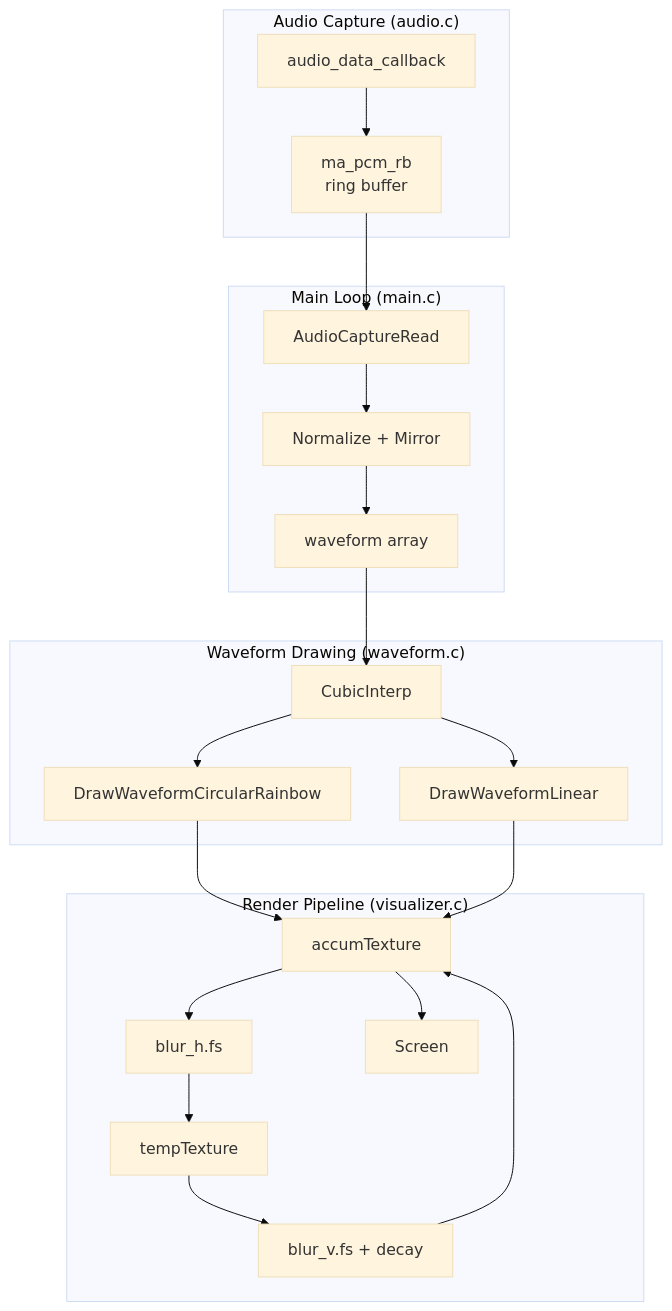
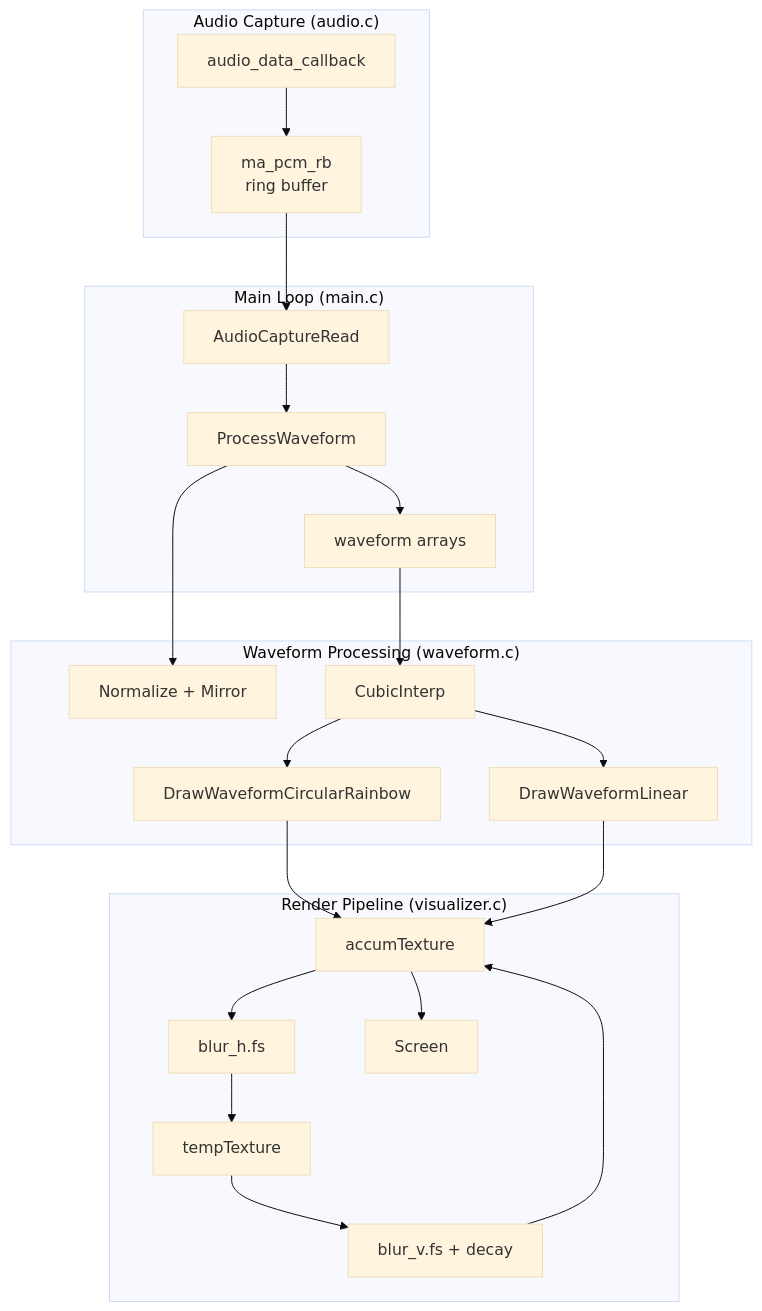
Before and after one commit to EvanLavender13/audio-jones: the diagram in docs/arch/architecture.md, drawn with Mermaid (base theme). The commit also changed other lines of this file, not shown here.

First line of the commit message:
Sync architecture docs after ProcessWaveform extraction

````diff
--- a/docs/arch/architecture.md
+++ b/docs/arch/architecture.md
@@ -11,29 +11,30 @@
 ```mermaid
 flowchart TD
     subgraph Audio["Audio Capture (audio.c)"]
         CB[audio_data_callback] --> RB[ma_pcm_rb<br/>ring buffer]
     end
 
     subgraph Main["Main Loop (main.c)"]
-        RD[AudioCaptureRead] --> NRM[Normalize + Mirror]
-        NRM --> WF[waveform array]
+        RD[AudioCaptureRead] --> PW[ProcessWaveform]
+        PW --> WF[waveform arrays]
     end
 
-    subgraph Waveform["Waveform Drawing (waveform.c)"]
+    subgraph Waveform["Waveform Processing (waveform.c)"]
+        PW --> NRM[Normalize + Mirror]
         WF --> CI[CubicInterp]
         CI --> DWC[DrawWaveformCircularRainbow]
         CI --> DWL[DrawWaveformLinear]
     end
 
     subgraph Visualizer["Render Pipeline (visualizer.c)"]
         AT[accumTexture] --> BH[blur_h.fs]
         BH --> TT[tempTexture]
         TT --> BV[blur_v.fs + decay]
         BV --> AT
         DWC --> AT
         DWL --> AT
         AT --> SC[Screen]
     end
 
     RB --> RD
 ```
````
